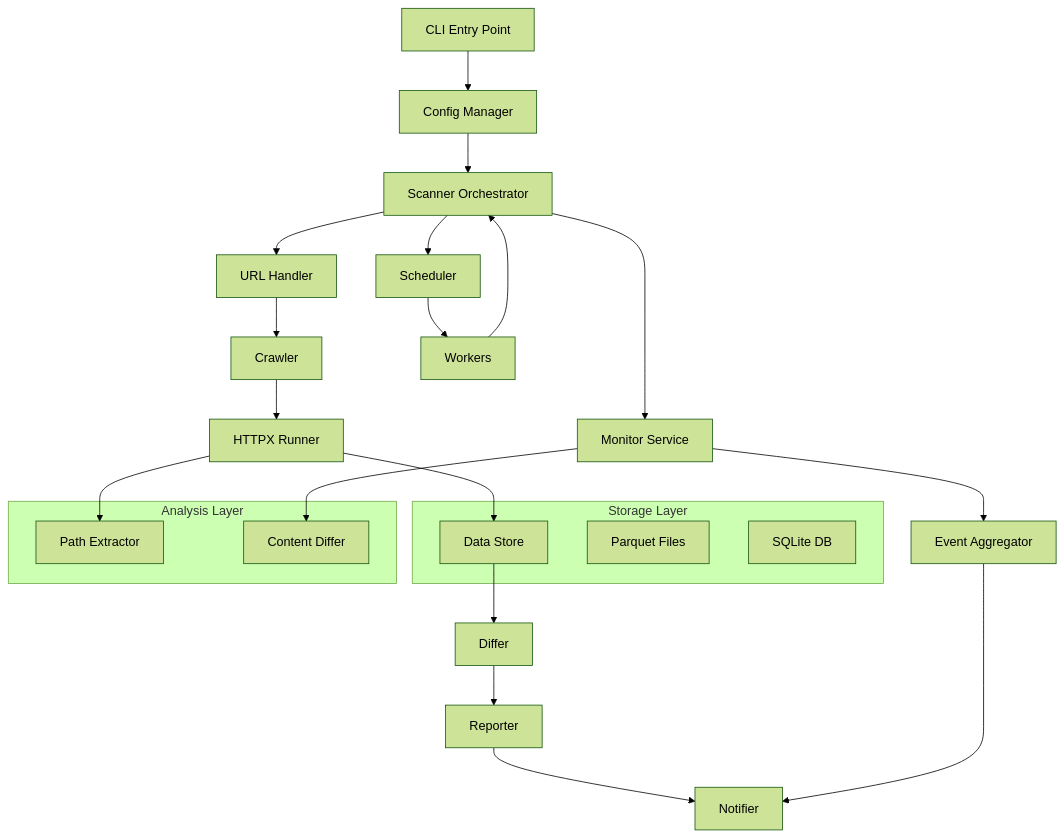
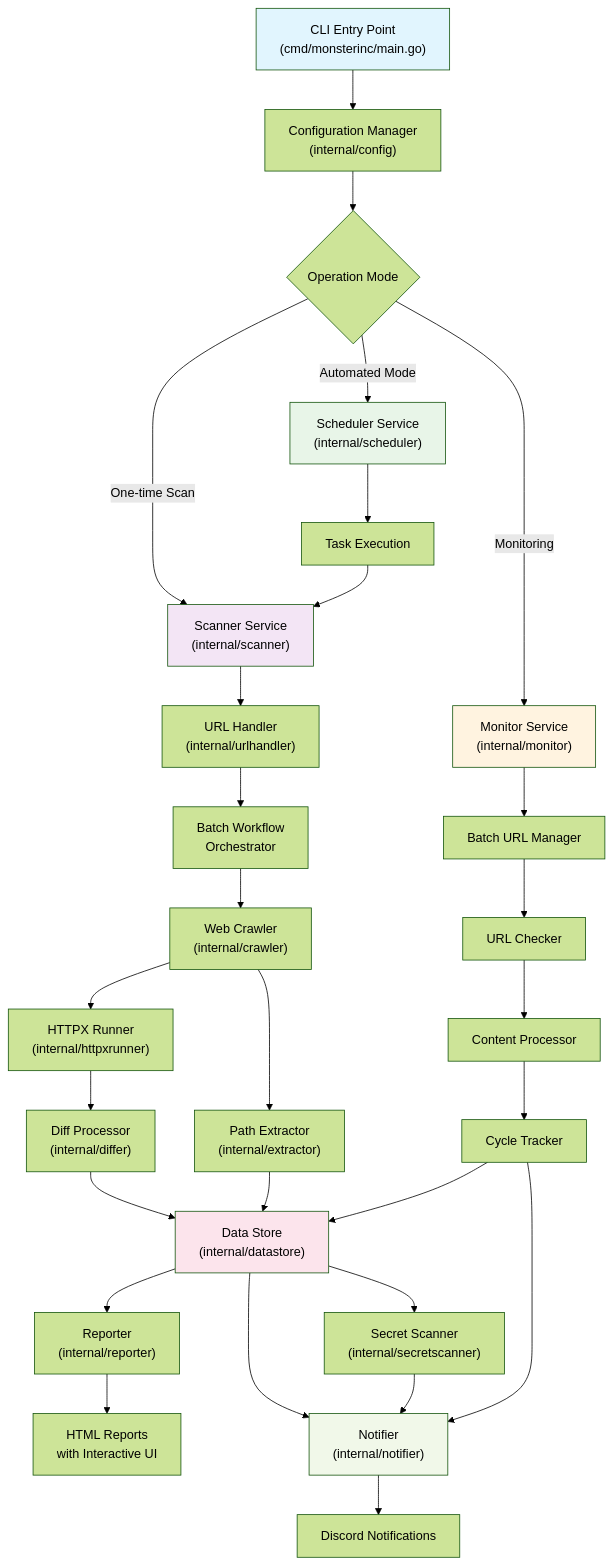
Before and after one commit to aleister1102/monsterinc: the diagram in README.md, drawn with Mermaid (forest theme). The commit also changed other lines of this file and 5 other files, not shown here.

````diff
--- a/README.md
+++ b/README.md
@@ -171,34 +42,46 @@
 ```mermaid
 graph TD
-    A[CLI Entry Point] --> B[Config Manager]
-    B --> C[Scanner Orchestrator]
-    C --> D[URL Handler]
-    D --> E[Crawler]
-    E --> F[HTTPX Runner]
-    F --> G[Data Store]
-    G --> H[Differ]
-    H --> I[Reporter]
-    I --> J[Notifier]
+    A["CLI Entry Point<br/>(cmd/monsterinc/main.go)"] --> B["Configuration Manager<br/>(internal/config)"]
+    B --> C{"Operation Mode"}
     
-    C --> K[Monitor Service]
-    K --> L[Event Aggregator]
-    L --> J
+    C -->|One-time Scan| D["Scanner Service<br/>(internal/scanner)"]
+    C -->|Automated Mode| E["Scheduler Service<br/>(internal/scheduler)"]
+    C -->|Monitoring| F["Monitor Service<br/>(internal/monitor)"]
     
-    C --> M[Scheduler]
-    M --> N[Workers]
-    N --> C
+    D --> G["URL Handler<br/>(internal/urlhandler)"]
+    G --> H["Batch Workflow<br/>Orchestrator"]
     
-    subgraph "Storage Layer"
-        G
-        O[Parquet Files]
-        P[SQLite DB]
-    end
+    H --> I["Web Crawler<br/>(internal/crawler)"]
+    I --> J["HTTPX Runner<br/>(internal/httpxrunner)"]
+    J --> K["Diff Processor<br/>(internal/differ)"]
+    K --> L["Data Store<br/>(internal/datastore)"]
     
-    subgraph "Analysis Layer" 
-        Q[Path Extractor]
-        R[Content Differ]
-    end
+    L --> M["Reporter<br/>(internal/reporter)"]
+    M --> N["HTML Reports<br/>with Interactive UI"]
     
-    F --> Q
-    K --> R
+    L --> O["Notifier<br/>(internal/notifier)"]
+    O --> P["Discord Notifications"]
+    
+    E --> Q["Task Execution"]
+    Q --> D
+    
+    F --> R["Batch URL Manager"]
+    R --> S["URL Checker"]
+    S --> T["Content Processor"]
+    T --> U["Cycle Tracker"]
+    U --> L
+    U --> O
+    
+    L --> V["Secret Scanner<br/>(internal/secretscanner)"]
+    V --> O
+    
+    I --> W["Path Extractor<br/>(internal/extractor)"]
+    W --> L
+    
+    style A fill:#e1f5fe
+    style D fill:#f3e5f5
+    style E fill:#e8f5e8
+    style F fill:#fff3e0
+    style L fill:#fce4ec
+    style O fill:#f1f8e9
 ```
````
